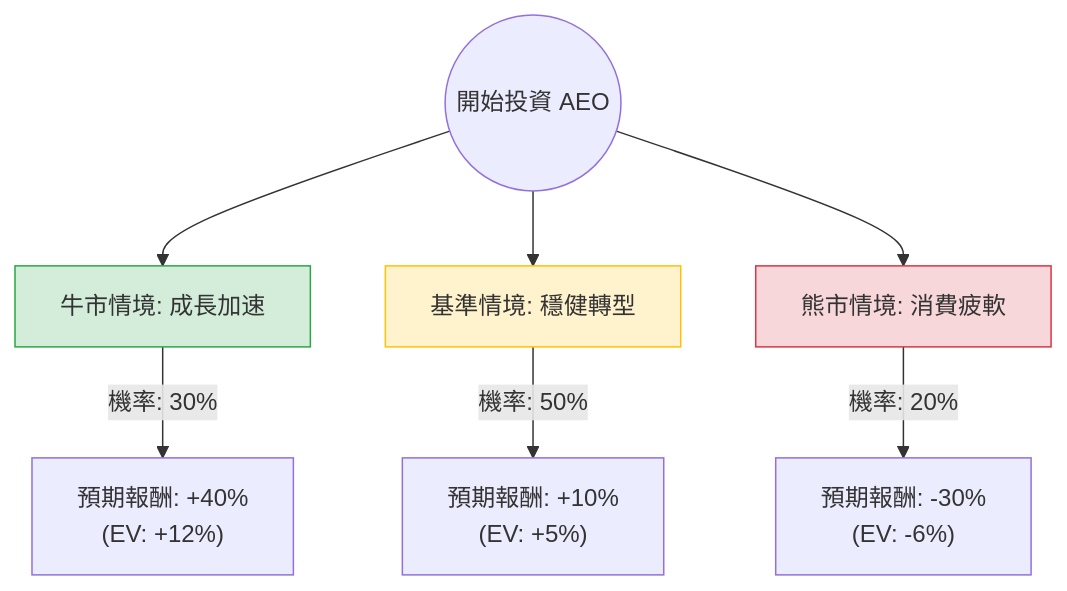
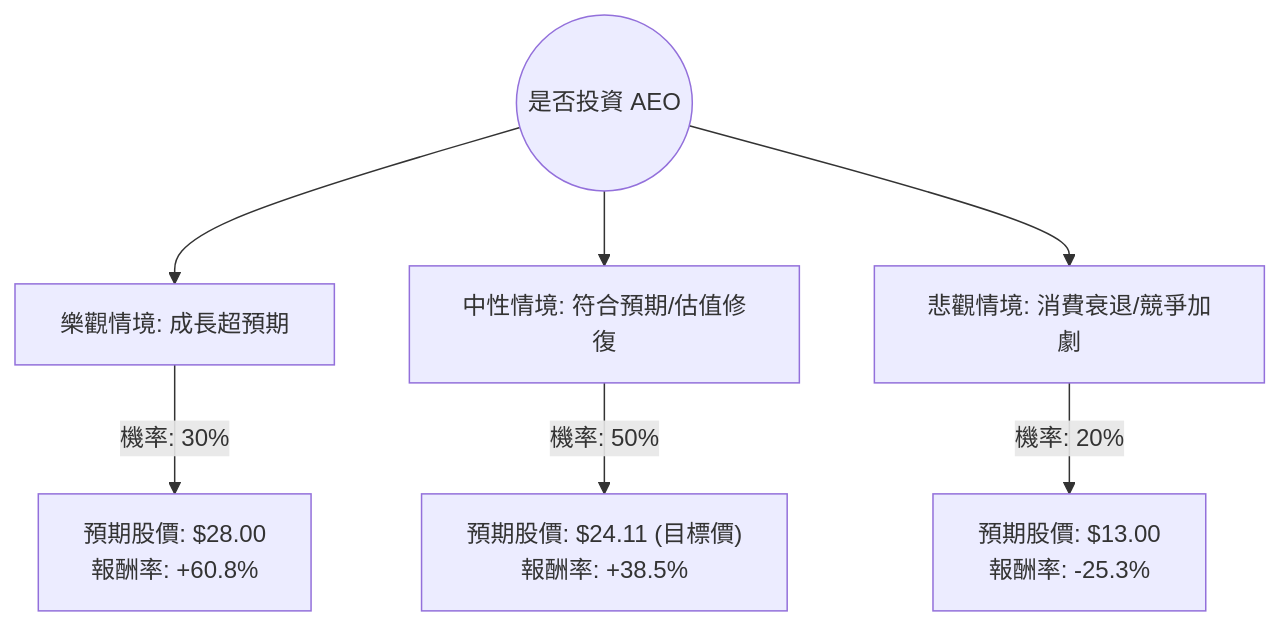
One commit to zmcx16/zmcx16.github.io changed the diagram in plugin-react/ai-analysis/ev-analysis/AEO.md. Above: the diagram before and after it, drawn with Mermaid. The commit also changed other lines of this file and 74 other files, not shown here.

````diff
--- a/plugin-react/ai-analysis/ev-analysis/AEO.md
+++ b/plugin-react/ai-analysis/ev-analysis/AEO.md
@@ -20,14 +19,10 @@
 ```mermaid
 graph TD
-    Start((開始投資 AEO)) --> Bull[牛市情境: 成長加速]
-    Start --> Base[基準情境: 穩健轉型]
-    Start --> Bear[熊市情境: 消費疲軟]
+    Start((是否投資 AEO)) --> Bull[樂觀情境: 成長超預期]
+    Start --> Base[中性情境: 符合預期/估值修復]
+    Start --> Bear[悲觀情境: 消費衰退/競爭加劇]
 
-    Bull -- "機率: 30%" --> BullResult["預期報酬: +40% <br/> (EV: +12%)"]
-    Base -- "機率: 50%" --> BaseResult["預期報酬: +10% <br/> (EV: +5%)"]
-    Bear -- "機率: 20%" --> BearResult["預期報酬: -30% <br/> (EV: -6%)"]
-
-    style Bull fill:#d4edda,stroke:#28a745
-    style Base fill:#fff3cd,stroke:#ffc107
-    style Bear fill:#f8d7da,stroke:#dc3545
+    Bull -- "機率: 30%" --> BullVal["預期股價: $28.00 <br/> 報酬率: +60.8%"]
+    Base -- "機率: 50%" --> BaseVal["預期股價: $24.11 (目標價) <br/> 報酬率: +38.5%"]
+    Bear -- "機率: 20%" --> BearVal["預期股價: $13.00 <br/> 報酬率: -25.3%"]
 ```
````
